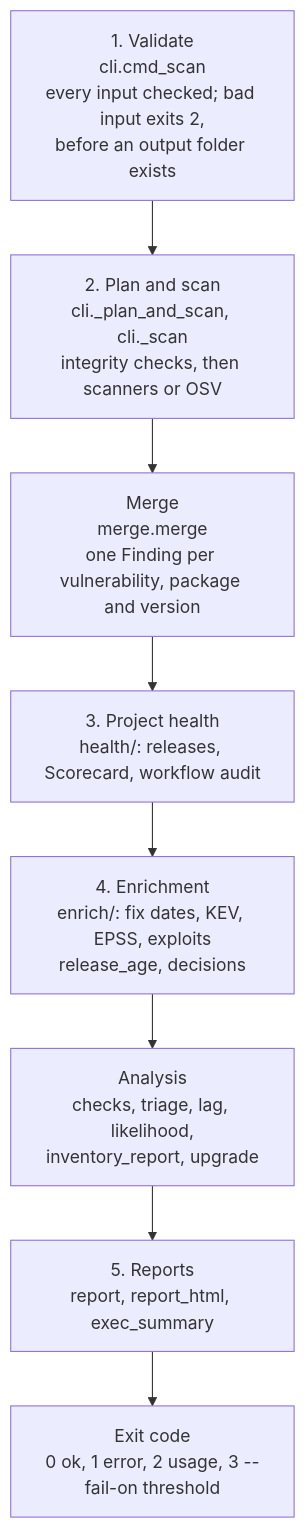
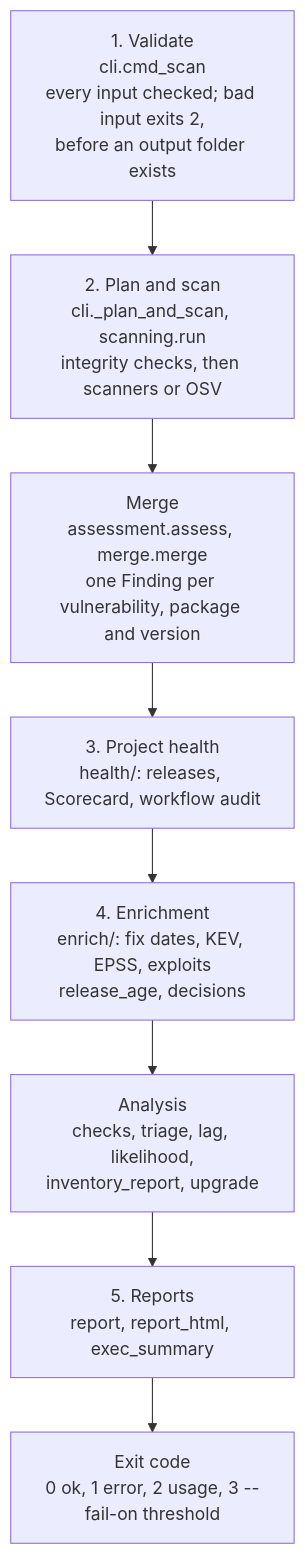
One commit to ntavakol/OSS-Intake changed the diagram in docs/architecture.md. Above: the diagram before and after it, drawn with Mermaid. The commit also changed other lines of this file and 7 other files, not shown here.

First line of the commit message:
Split cli.py (5/5): assess() as named steps

````diff
--- a/docs/architecture.md
+++ b/docs/architecture.md
@@ -18,11 +18,11 @@
 ```mermaid
 flowchart TD
     A["1. Validate<br/>cli.cmd_scan<br/>every input checked; bad input exits 2,<br/>before an output folder exists"] --> B
-    B["2. Plan and scan<br/>cli._plan_and_scan, cli._scan<br/>integrity checks, then scanners or OSV"] --> C
-    C["Merge<br/>merge.merge<br/>one Finding per vulnerability, package and version"] --> D
+    B["2. Plan and scan<br/>cli._plan_and_scan, scanning.run<br/>integrity checks, then scanners or OSV"] --> C
+    C["Merge<br/>assessment.assess, merge.merge<br/>one Finding per vulnerability, package and version"] --> D
     D["3. Project health<br/>health/: releases, Scorecard, workflow audit"] --> E
     E["4. Enrichment<br/>enrich/: fix dates, KEV, EPSS, exploits<br/>release_age, decisions"] --> F
     F["Analysis<br/>checks, triage, lag, likelihood,<br/>inventory_report, upgrade"] --> G
     G["5. Reports<br/>report, report_html, exec_summary"] --> H
     H["Exit code<br/>0 ok, 1 error, 2 usage, 3 --fail-on threshold"]
 ```
````
